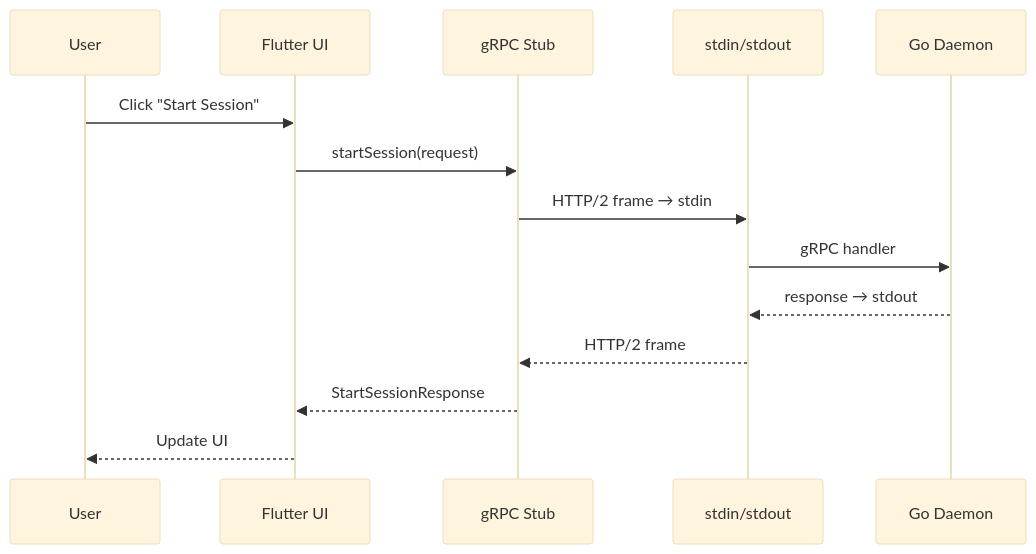
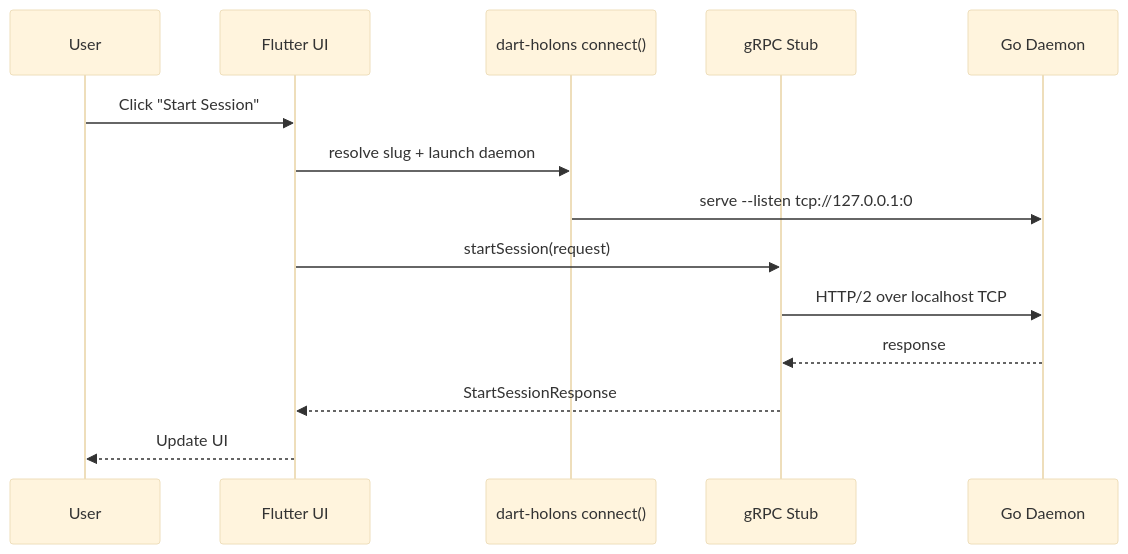
The diagram in APPS.md (organic-programming/go-dart-holons), drawn with Mermaid (base theme) before and after one commit. The commit also changed other lines of this file and 1 other file, not shown here.

````diff
--- a/APPS.md
+++ b/APPS.md
@@ -591,17 +596,17 @@
 ```mermaid
 sequenceDiagram
     participant User
     participant Flutter as Flutter UI
+    participant Connect as dart-holons connect()
     participant gRPC as gRPC Stub
-    participant Pipe as stdin/stdout
     participant Daemon as Go Daemon
 
     User->>Flutter: Click "Start Session"
+    Flutter->>Connect: resolve slug + launch daemon
+    Connect->>Daemon: serve --listen tcp://127.0.0.1:0
     Flutter->>gRPC: startSession(request)
-    gRPC->>Pipe: HTTP/2 frame → stdin
-    Pipe->>Daemon: gRPC handler
-    Daemon-->>Pipe: response → stdout
-    Pipe-->>gRPC: HTTP/2 frame
+    gRPC->>Daemon: HTTP/2 over localhost TCP
+    Daemon-->>gRPC: response
     gRPC-->>Flutter: StartSessionResponse
     Flutter-->>User: Update UI
 ```
````
